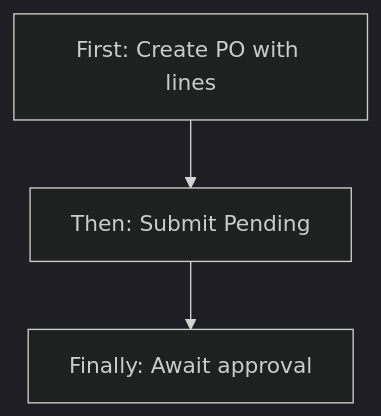
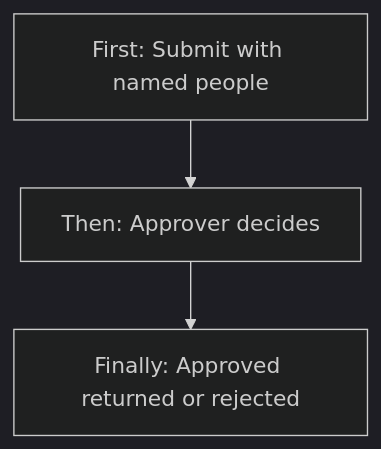
The seventh of 10 diagrams in v0_final_docs/purchase-order-management.md (Aurifex-Innovations/ERP_docs), drawn with Mermaid (dark theme) before and after one commit. The commit also changed other lines of this file, not shown here.

````diff
--- a/v0_final_docs/purchase-order-management.md
+++ b/v0_final_docs/purchase-order-management.md
@@ -469,5 +446,5 @@
 ```mermaid
 flowchart TD
-  create["First: Create PO with lines"] --> submit["Then: Submit Pending"]
-  submit --> wait["Finally: Await approval"]
+  submitOver["First: Submit with named people"] --> amitInbox["Then: Approver decides"]
+  amitInbox --> afterDecide["Finally: Approved returned or rejected"]
 ```
````
